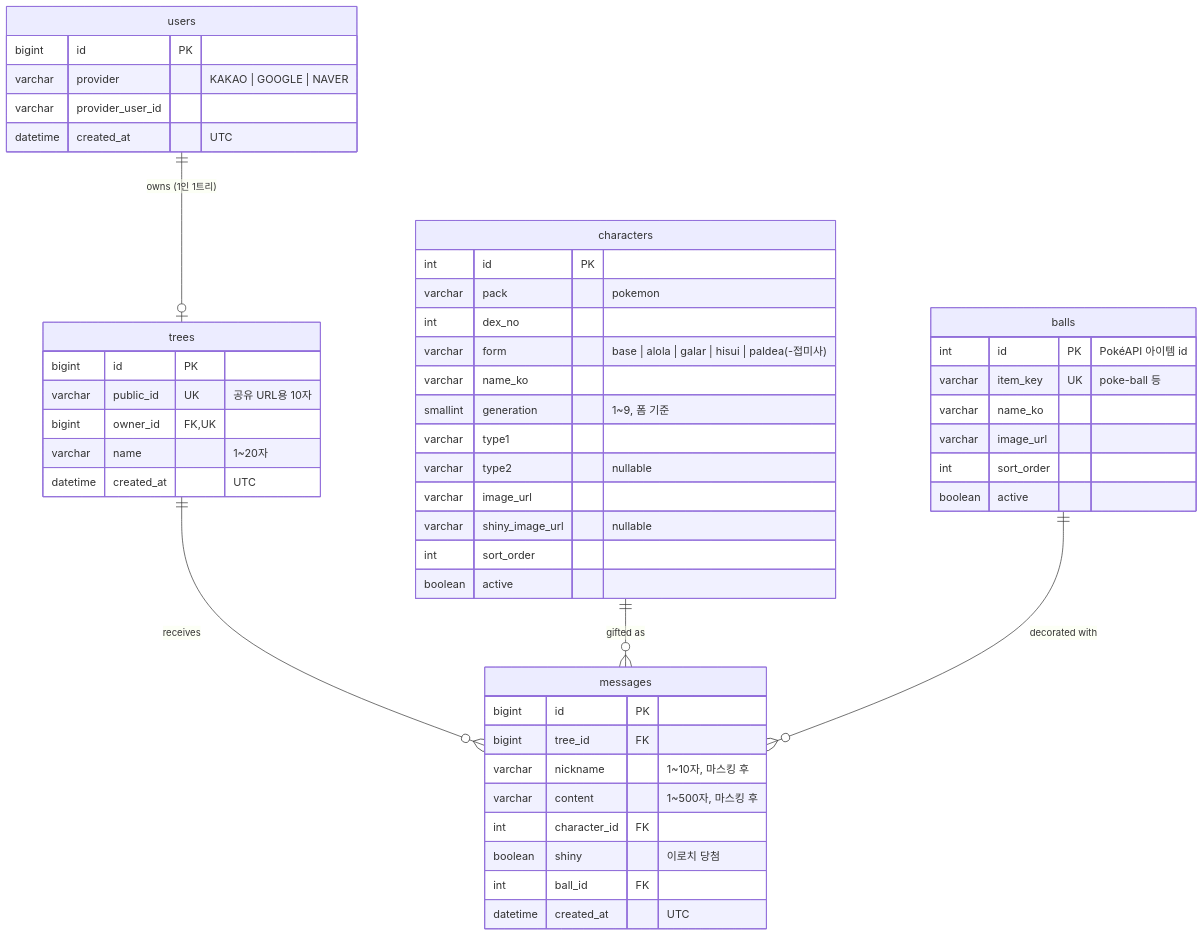
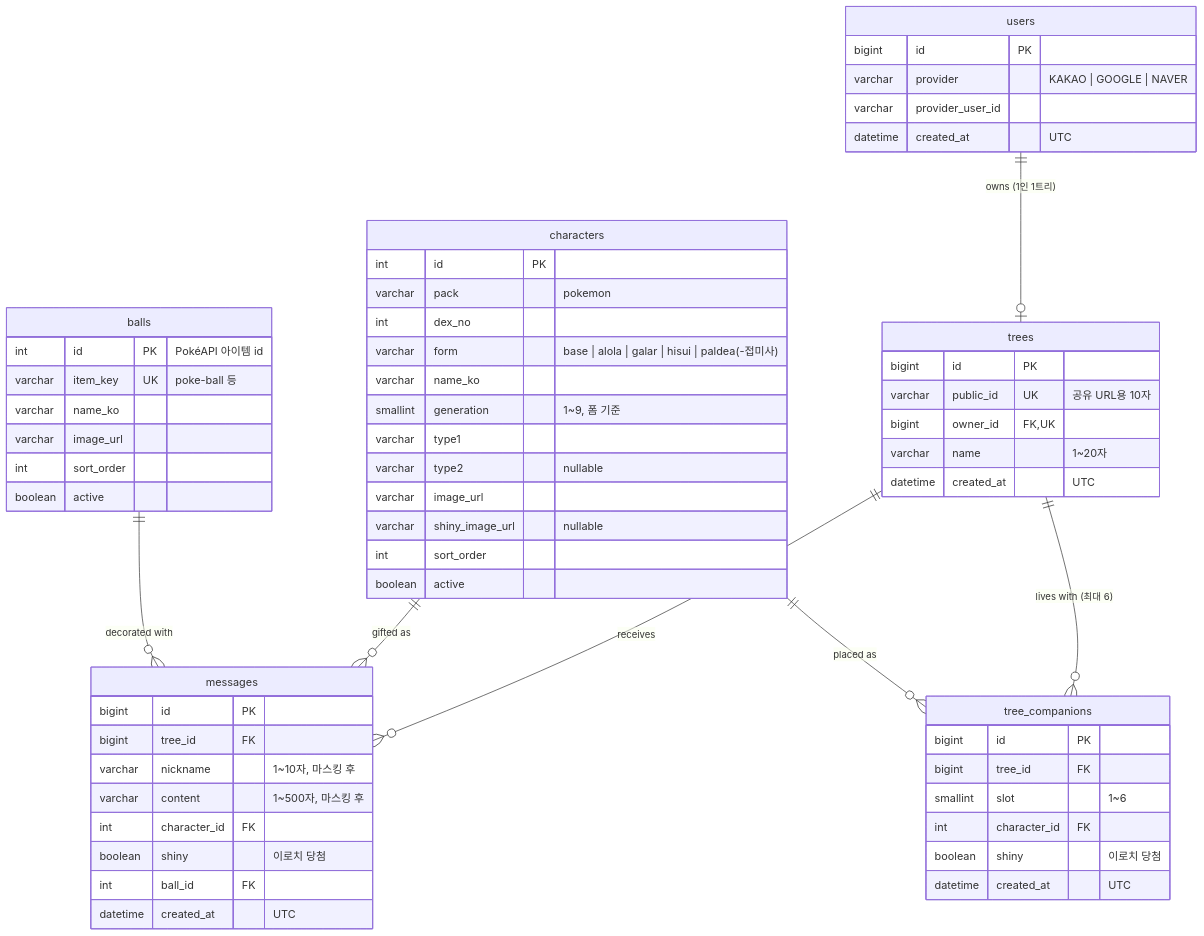
One commit to Pevelovers/poke-letter changed the diagram in docs/product/erd.md. Above: the diagram before and after it, drawn with Mermaid. The commit also changed other lines of this file and 8 other files, not shown here.

````diff
--- a/docs/product/erd.md
+++ b/docs/product/erd.md
@@ -9,53 +10,63 @@
 ```mermaid
 erDiagram
     users ||--o| trees : "owns (1인 1트리)"
     trees ||--o{ messages : "receives"
     characters ||--o{ messages : "gifted as"
     balls ||--o{ messages : "decorated with"
+    trees ||--o{ tree_companions : "lives with (최대 6)"
+    characters ||--o{ tree_companions : "placed as"
 
     users {
         bigint id PK
         varchar provider "KAKAO | GOOGLE | NAVER"
         varchar provider_user_id
         datetime created_at "UTC"
     }
     trees {
         bigint id PK
         varchar public_id UK "공유 URL용 10자"
         bigint owner_id FK,UK
         varchar name "1~20자"
         datetime created_at "UTC"
     }
     messages {
         bigint id PK
         bigint tree_id FK
         varchar nickname "1~10자, 마스킹 후"
         varchar content "1~500자, 마스킹 후"
         int character_id FK
         boolean shiny "이로치 당첨"
         int ball_id FK
+        datetime created_at "UTC"
+    }
+    tree_companions {
+        bigint id PK
+        bigint tree_id FK
+        smallint slot "1~6"
+        int character_id FK
+        boolean shiny "이로치 당첨"
         datetime created_at "UTC"
     }
     characters {
         int id PK
         varchar pack "pokemon"
         int dex_no
         varchar form "base | alola | galar | hisui | paldea(-접미사)"
         varchar name_ko
         smallint generation "1~9, 폼 기준"
         varchar type1
         varchar type2 "nullable"
         varchar image_url
         varchar shiny_image_url "nullable"
         int sort_order
         boolean active
     }
     balls {
         int id PK "PokéAPI 아이템 id"
         varchar item_key UK "poke-ball 등"
         varchar name_ko
         varchar image_url
         int sort_order
         boolean active
     }
 ```
````
